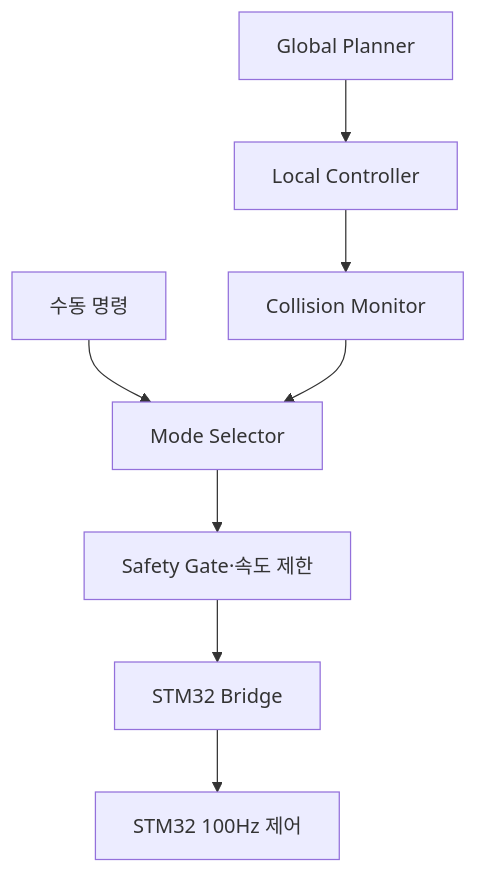
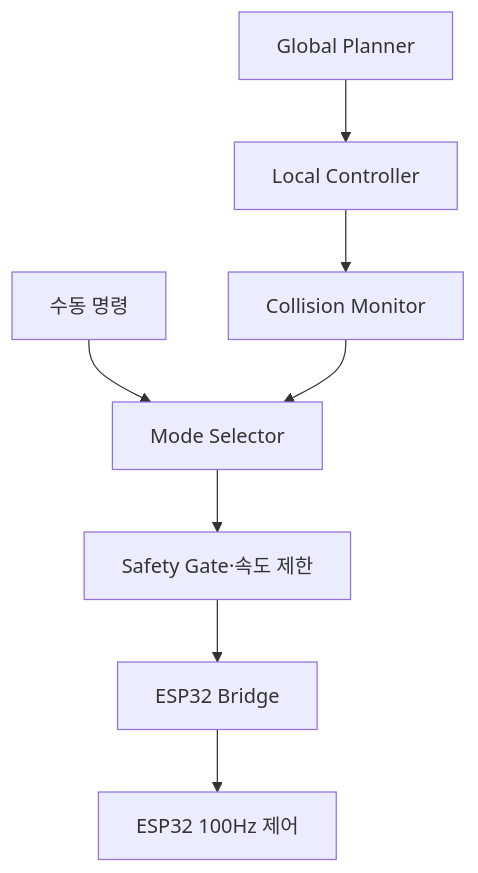
One commit to Common-AIOT/Sentinel-UGV changed the third of 8 diagrams in docs/04-자율주행-AI.md. Above: the diagram before and after it, drawn with Mermaid. The commit also changed other lines of this file and 8 other files, not shown here.

````diff
--- a/docs/04-자율주행-AI.md
+++ b/docs/04-자율주행-AI.md
@@ -305,10 +307,10 @@
 ```mermaid
 flowchart TB
     global["Global Planner"] --> local["Local Controller"]
     local --> collision["Collision Monitor"]
     manual["수동 명령"] --> selector["Mode Selector"]
     collision --> selector
     selector --> gate["Safety Gate·속도 제한"]
-    gate --> bridge["STM32 Bridge"]
-    bridge --> stm32["STM32 100Hz 제어"]
+    gate --> bridge["ESP32 Bridge"]
+    bridge --> esp32["ESP32 100Hz 제어"]
 ```
````
